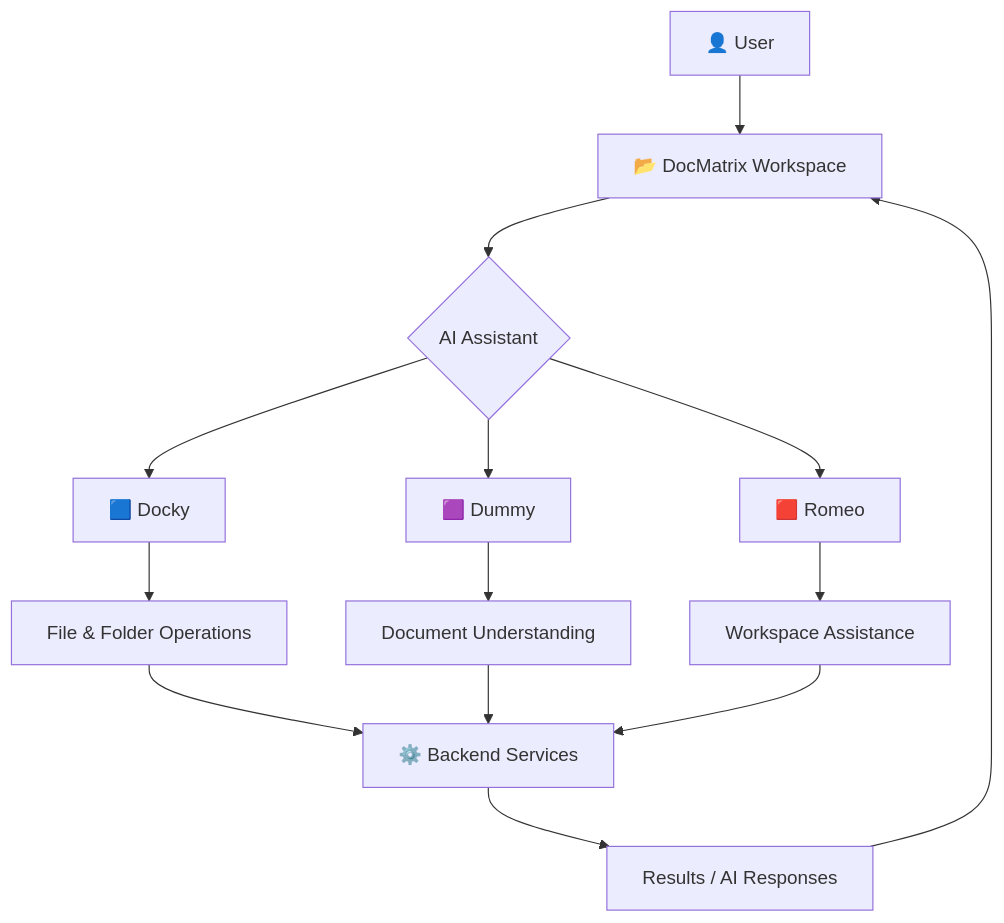
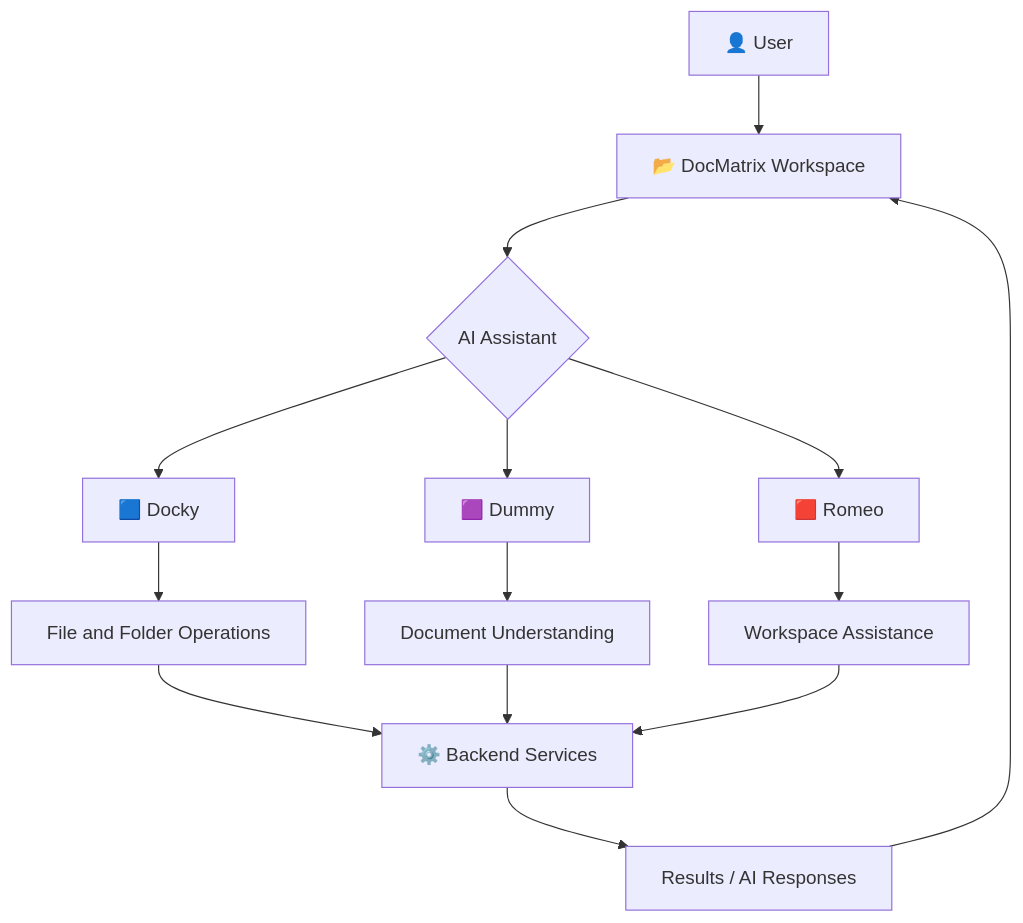
One commit to premnarayn13/DocMatrix changed the first of 2 diagrams in README.md. Above: the diagram before and after it, drawn with Mermaid. The commit also changed other lines of this file, not shown here.

````diff
--- a/README.md
+++ b/README.md
@@ -195,20 +248,20 @@
 ```mermaid
 flowchart TB
     U["👤 User"] --> W["📂 DocMatrix Workspace"]
     W --> A{"AI Assistant"}
- 
+
     A --> D["🟦 Docky"]
     A --> DU["🟪 Dummy"]
     A --> R["🟥 Romeo"]
- 
-    D --> F["File & Folder Operations"]
+
+    D --> F["File and Folder Operations"]
     DU --> G["Document Understanding"]
     R --> H["Workspace Assistance"]
- 
+
     F --> B["⚙️ Backend Services"]
     G --> B
     H --> B
- 
+
     B --> O["Results / AI Responses"]
     O --> W
 ```
````
